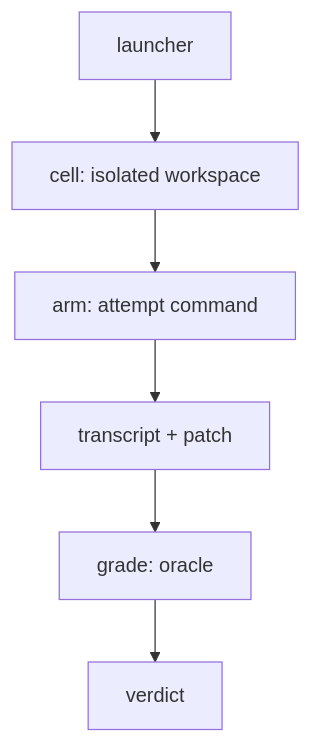
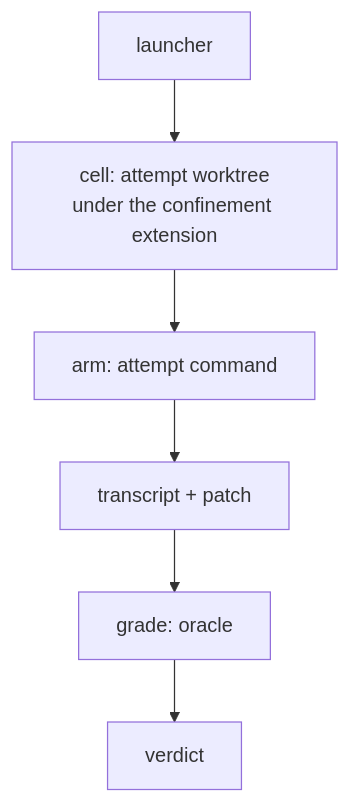
The ninth of 9 diagrams in site/how-it-works.md (pauleveritt/satyrn-evals), drawn with Mermaid before and after one commit. The commit also changed 4 other files, not shown here.

First line of the commit message:
site: the remaining isolated-workspace wording follows the confinement harness

````diff
--- a/site/how-it-works.md
+++ b/site/how-it-works.md
@@ -99,8 +99,8 @@
 ```mermaid
 flowchart TB
-  L[launcher] --> C[cell: isolated workspace]
+  L[launcher] --> C[cell: attempt worktree<br/>under the confinement extension]
   C --> A[arm: attempt command]
   A --> T[transcript + patch]
   T --> G[grade: oracle]
   G --> V[verdict]
 ```
````
